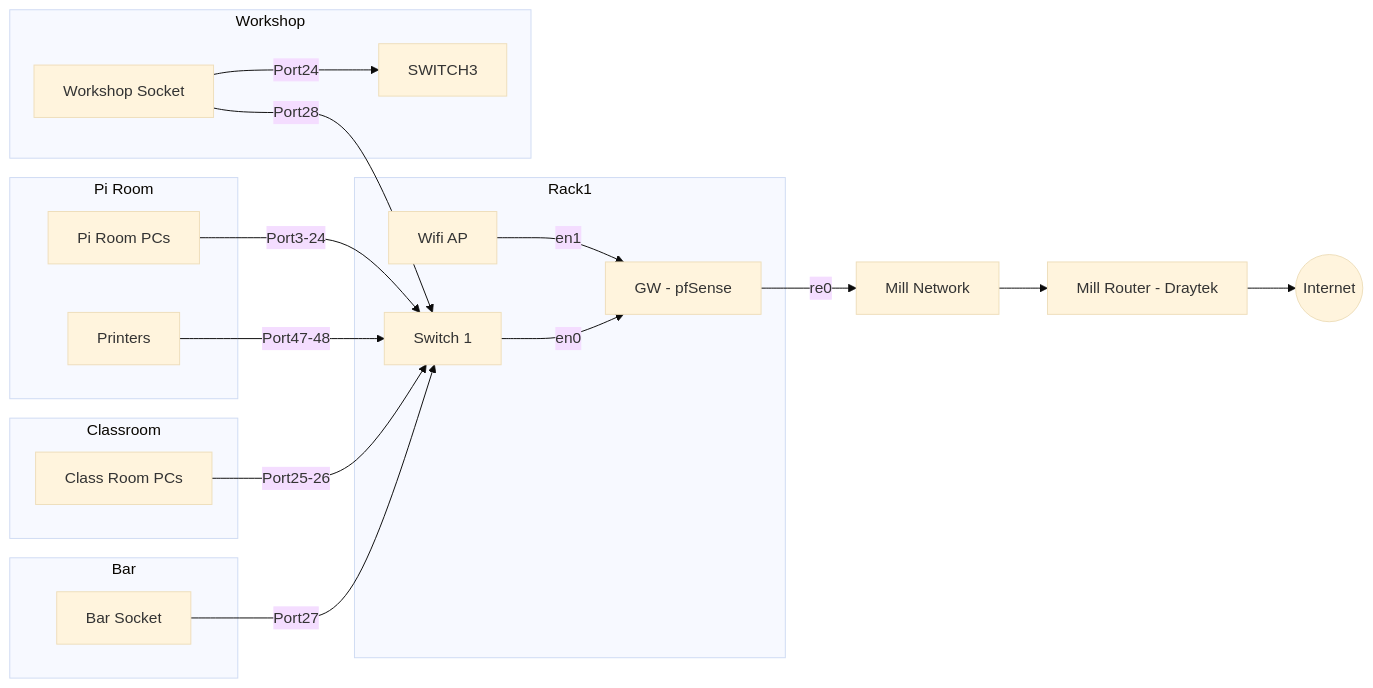
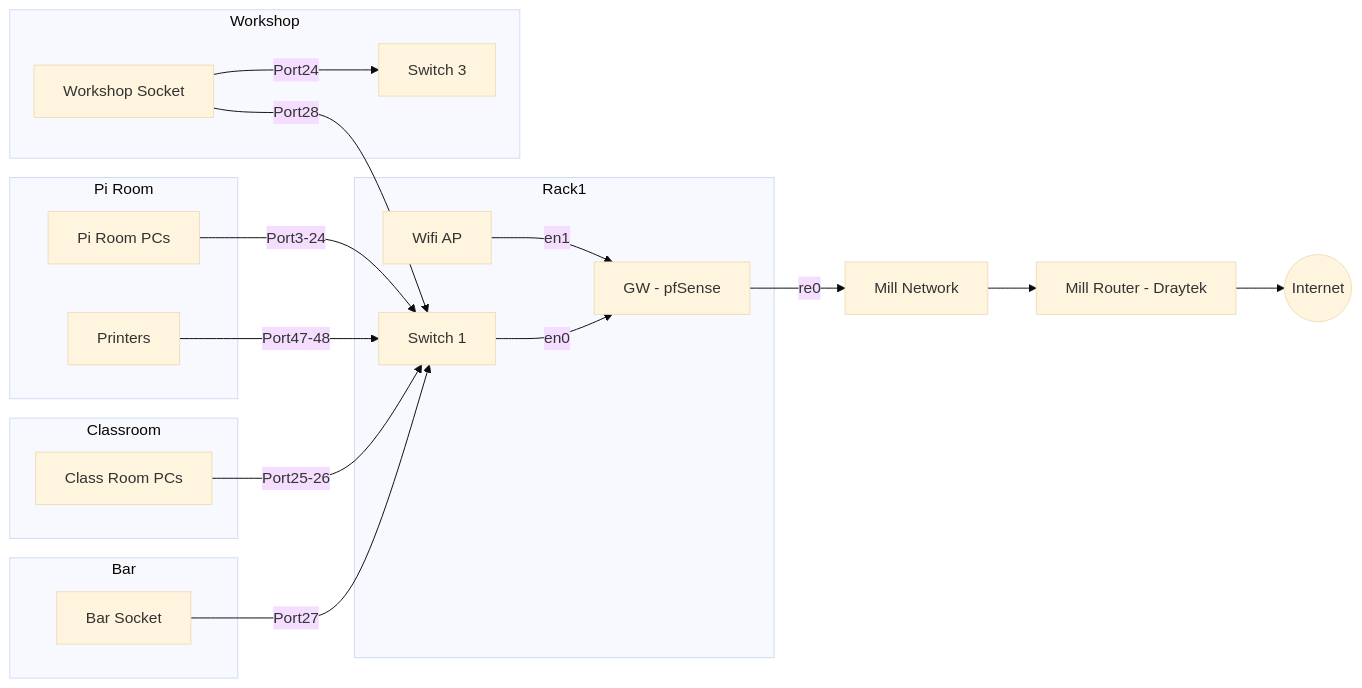
Before and after one commit to leigh-hackspace/HackspaceWiki: the first of 2 diagrams in docs/membership/member_information/network_layout.md, drawn with Mermaid (base theme).

````diff
--- a/docs/membership/member_information/network_layout.md
+++ b/docs/membership/member_information/network_layout.md
@@ -17,29 +17,29 @@
 ```mermaid
 graph LR
     subgraph Rack1
     GW[GW - pfSense] 
     AP[Wifi AP] -->|en1| GW
     SWITCH1[Switch 1] -->|en0| GW
     end
 
     GW -->|re0| MILL
     MILL[Mill Network] --> MILLROUTER[Mill Router - Draytek] --> INTERNET((Internet))
     
     subgraph Pi Room
     PIROOMPC[Pi Room PCs] -->|Port3-24| SWITCH1
     PRINTERS[Printers] -->|Port47-48| SWITCH1
     end
 
     subgraph Classroom
     CLASSROOMPC[Class Room PCs] -->|Port25-26| SWITCH1
     end
     
     subgraph Bar
     BAR[Bar Socket] -->|Port27| SWITCH1
     end
     
     subgraph Workshop
     WORKSHOP[Workshop Socket] --> |Port28| SWITCH1
-    WORKSHOP --> |Port24| SWITCH3
+    WORKSHOP --> |Port24| SWITCH3[Switch 3]
     end
 ```
````
